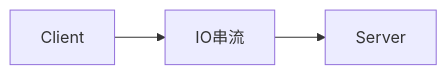
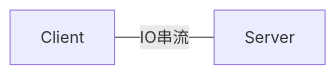
One commit to newcici7777/newcici7777.github.io changed the diagram in _pages/java/socket.md. Above: the diagram before and after it, drawn with Mermaid. The commit also changed 402 other files, not shown here.

````diff
--- a/_pages/java/socket.md
+++ b/_pages/java/socket.md
@@ -16,4 +16,4 @@
 ```mermaid
 flowchart LR
-    Client --> IO串流 --> Server
+    Client -- IO串流 --- Server
 ```
````
